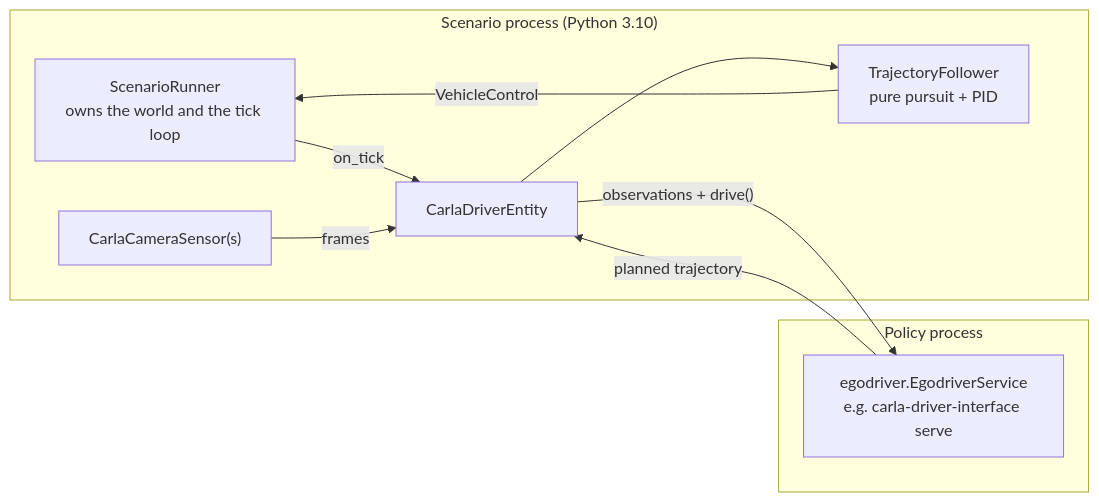
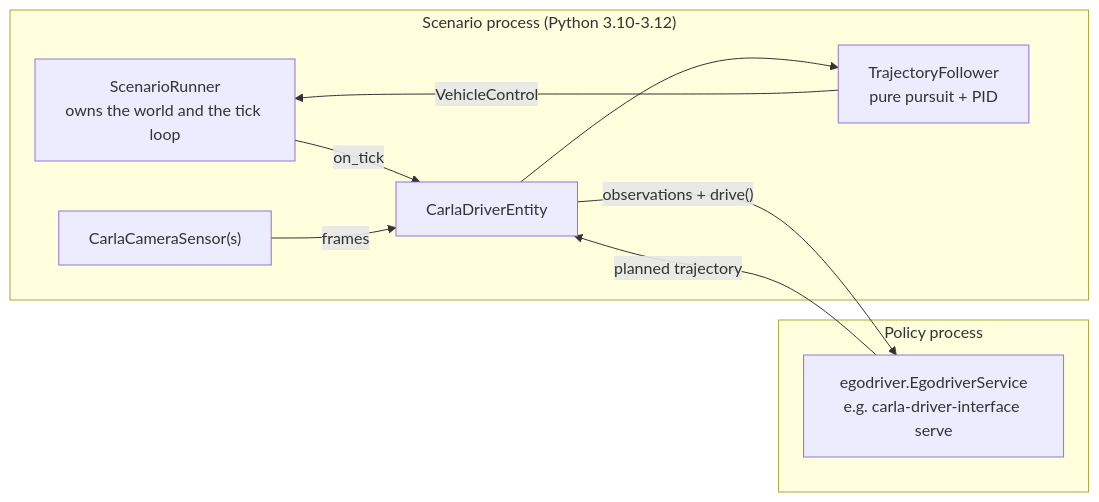
Before and after one commit to autowarefoundation/autoware_carla_scenario: the diagram in autoware_carla_scenario/docs/driver_interface.md, drawn with Mermaid. The commit also changed other lines of this file and 11 other files, not shown here.

````diff
--- a/autoware_carla_scenario/docs/driver_interface.md
+++ b/autoware_carla_scenario/docs/driver_interface.md
@@ -17,20 +17,20 @@
 ```mermaid
 flowchart LR
-    subgraph scenario["Scenario process (Python 3.10)"]
+    subgraph scenario["Scenario process (Python 3.10-3.12)"]
         SR["ScenarioRunner<br/>owns the world and the tick loop"]
         CDE["CarlaDriverEntity"]
         CAM["CarlaCameraSensor(s)"]
         TF["TrajectoryFollower<br/>pure pursuit + PID"]
         SR -->|on_tick| CDE
         CAM -->|frames| CDE
         CDE --> TF
         TF -->|VehicleControl| SR
     end
 
     subgraph policy["Policy process"]
         P["egodriver.EgodriverService<br/>e.g. carla-driver-interface serve"]
     end
 
     CDE -->|"observations + drive()"| P
     P -->|"planned trajectory"| CDE
 ```
````
